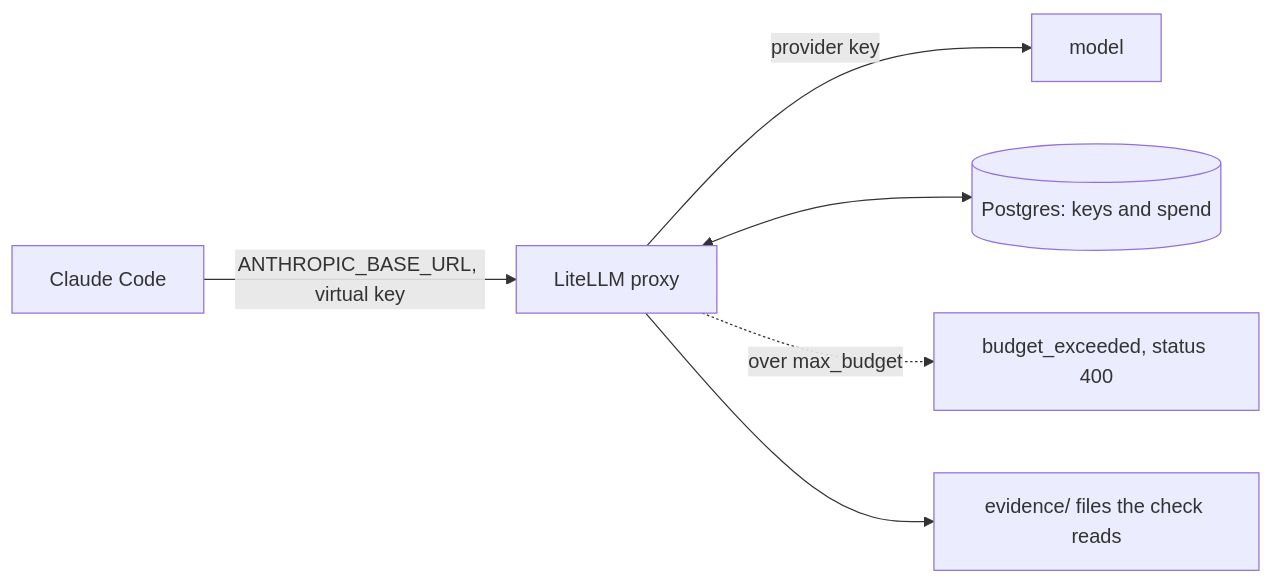
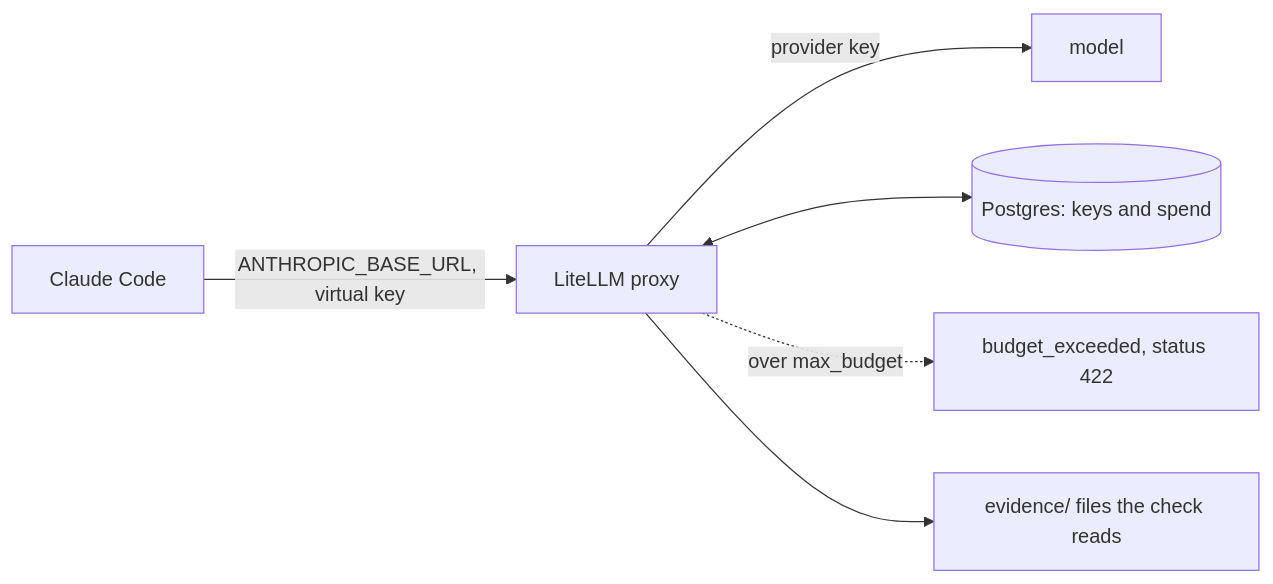
Before and after one commit to learnwithparam/software-factory-claude-code: the diagram in parts/07-track-agent-cost/01-track-agent-cost/problem/README.md, drawn with Mermaid. The commit also changed 10 other files, not shown here.

````diff
--- a/parts/07-track-agent-cost/01-track-agent-cost/problem/README.md
+++ b/parts/07-track-agent-cost/01-track-agent-cost/problem/README.md
@@ -15,8 +15,8 @@
 ```mermaid
 flowchart LR
   C[Claude Code] -->|ANTHROPIC_BASE_URL, virtual key| L[LiteLLM proxy]
   L -->|provider key| M[model]
   L <--> D[(Postgres: keys and spend)]
-  L -.->|over max_budget| X[budget_exceeded, status 400]
+  L -.->|over max_budget| X[budget_exceeded, status 422]
   L --> E[evidence/ files the check reads]
 ```
````
